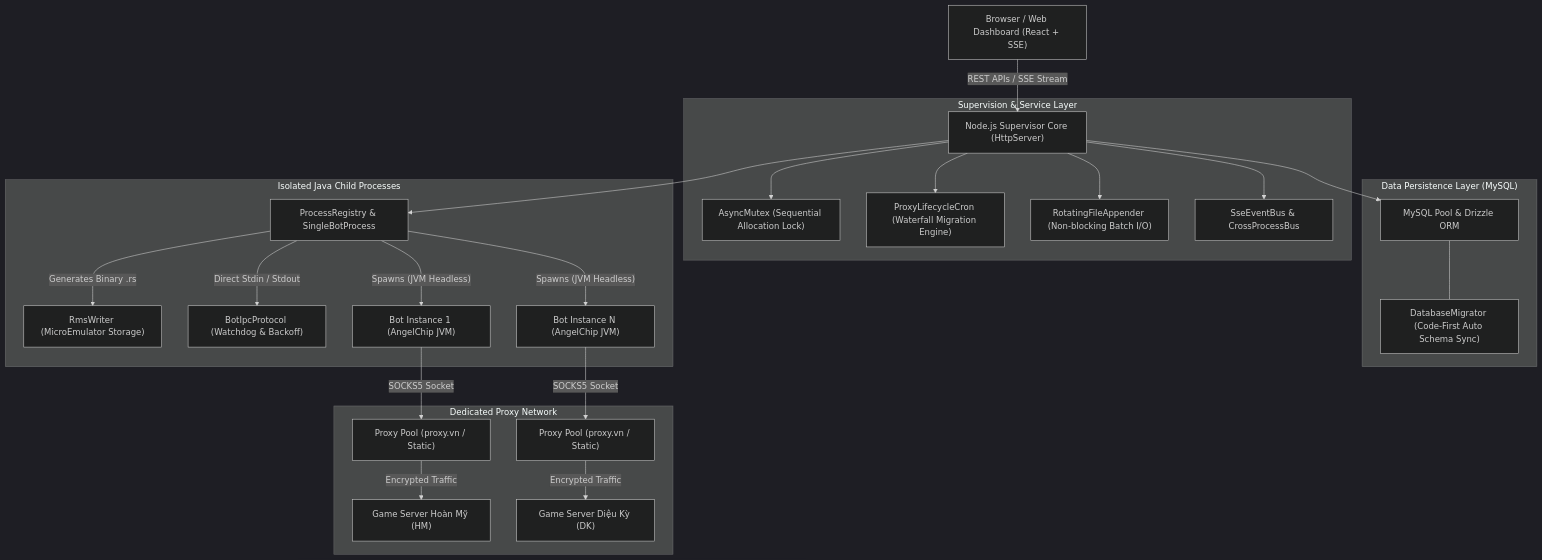
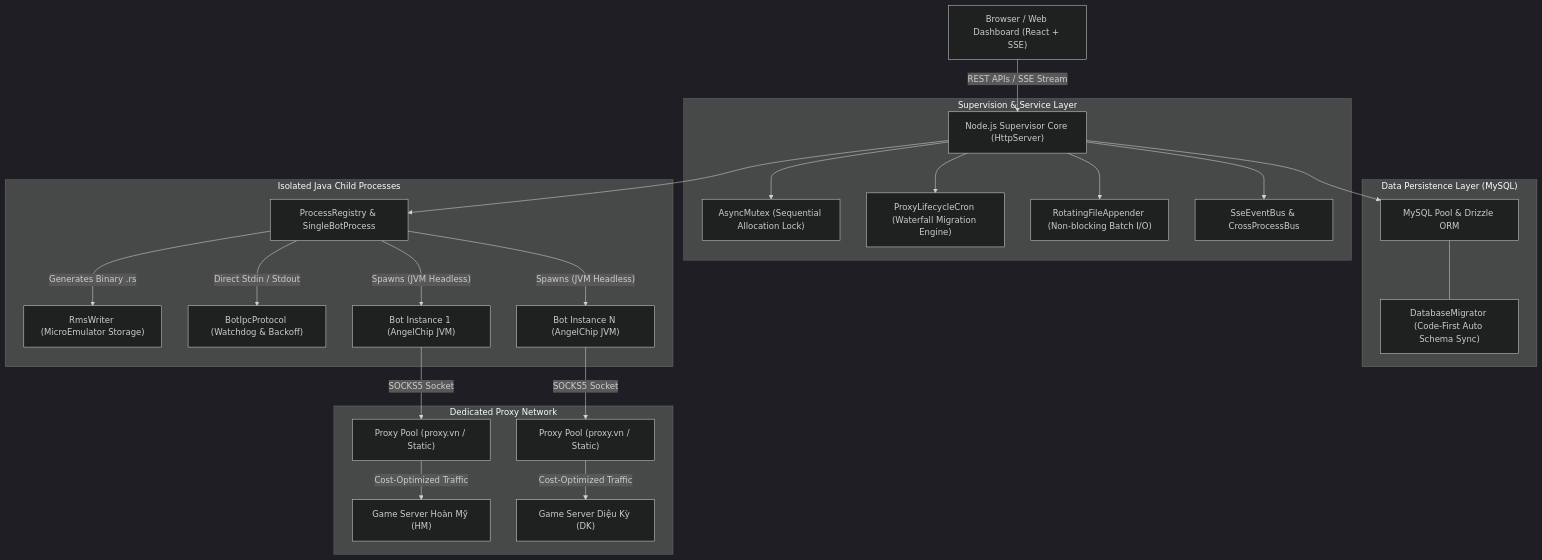
Before and after one commit to hoangfhisp/auto-server-manager-avatar2d-angleChip: the third of 3 diagrams in README.md, drawn with Mermaid (dark theme). The commit also changed other lines of this file, not shown here.

First line of the commit message:
docs(readme): rewrite in English with in-depth auto routines and proxy cost optimization

````diff
--- a/README.md
+++ b/README.md
@@ -126,31 +160,31 @@
 ```mermaid
 graph TD
     Client["Browser / Web Dashboard (React + SSE)"] -->|"REST APIs / SSE Stream"| NodeServer["Node.js Supervisor Core (HttpServer)"]
     
     subgraph CoreSupervisor ["Supervision & Service Layer"]
         NodeServer --> Mutex["AsyncMutex (Sequential Allocation Lock)"]
         NodeServer --> Cron["ProxyLifecycleCron (Waterfall Migration Engine)"]
         NodeServer --> LogAppender["RotatingFileAppender (Non-blocking Batch I/O)"]
         NodeServer --> Bus["SseEventBus & CrossProcessBus"]
     end
     
     subgraph DataLayer ["Data Persistence Layer (MySQL)"]
         NodeServer --> DB["MySQL Pool & Drizzle ORM"]
         DB --- Migrator["DatabaseMigrator (Code-First Auto Schema Sync)"]
     end
     
     subgraph BotExecutionLayer ["Isolated Java Child Processes"]
         NodeServer --> ProcMgr["ProcessRegistry & SingleBotProcess"]
         ProcMgr -->|"Generates Binary .rs"| RMS["RmsWriter (MicroEmulator Storage)"]
         ProcMgr -->|"Direct Stdin / Stdout"| IPC["BotIpcProtocol (Watchdog & Backoff)"]
         ProcMgr -->|"Spawns (JVM Headless)"| JavaBot1["Bot Instance 1 (AngelChip JVM)"]
         ProcMgr -->|"Spawns (JVM Headless)"| JavaBotN["Bot Instance N (AngelChip JVM)"]
     end
     
     subgraph NetworkRouting ["Dedicated Proxy Network"]
         JavaBot1 -->|"SOCKS5 Socket"| Proxy1["Proxy Pool (proxy.vn / Static)"]
         JavaBotN -->|"SOCKS5 Socket"| ProxyN["Proxy Pool (proxy.vn / Static)"]
-        Proxy1 -->|"Encrypted Traffic"| ServerHM["Game Server Hoàn Mỹ (HM)"]
-        ProxyN -->|"Encrypted Traffic"| ServerDK["Game Server Diệu Kỳ (DK)"]
+        Proxy1 -->|"Cost-Optimized Traffic"| ServerHM["Game Server Hoàn Mỹ (HM)"]
+        ProxyN -->|"Cost-Optimized Traffic"| ServerDK["Game Server Diệu Kỳ (DK)"]
     end
 ```
````
